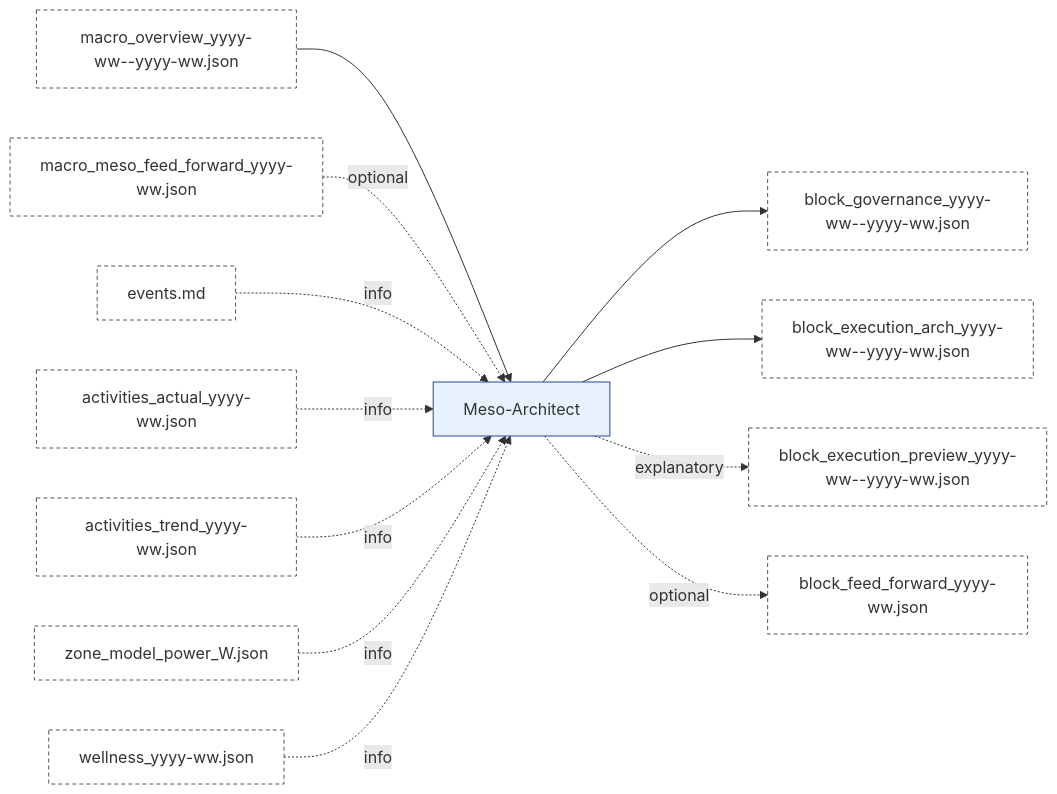
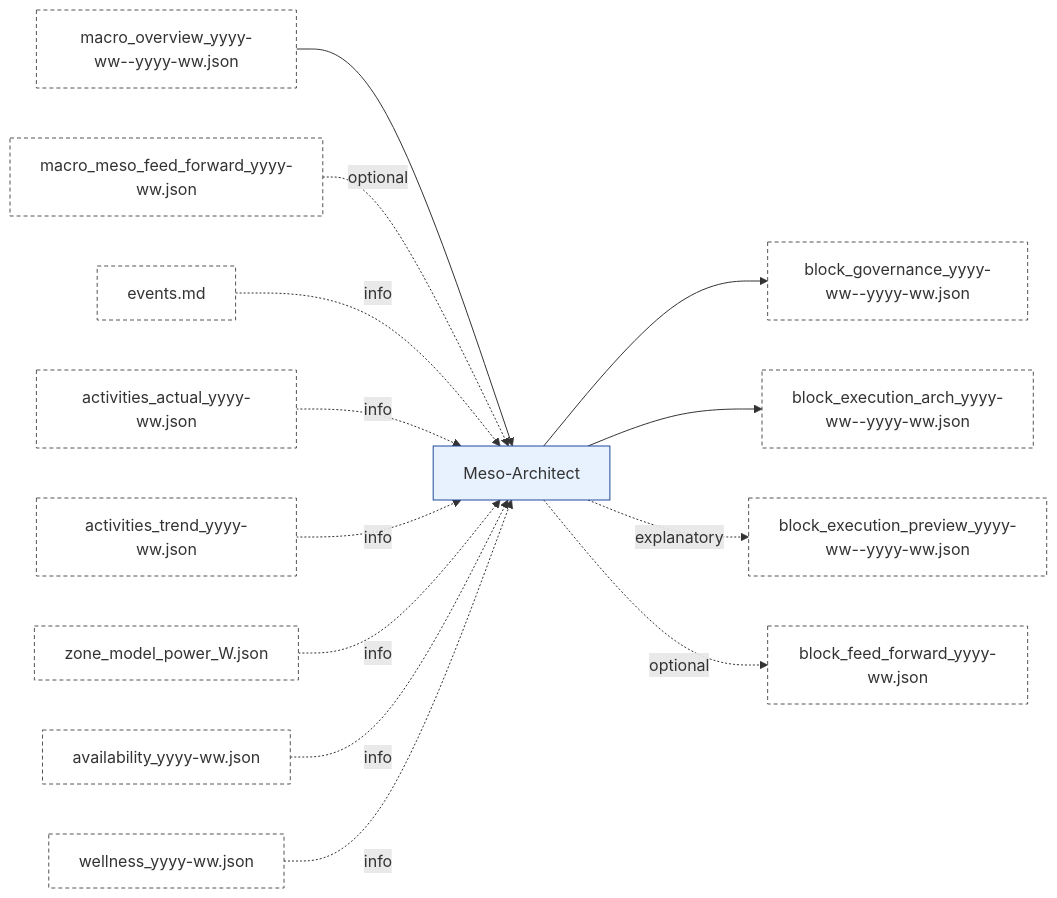
One commit to albauer-priv/RPS changed the fourth of 8 diagrams in doc/artefact_flow_overview_and_detail.md. Above: the diagram before and after it, drawn with Mermaid. The commit also changed other lines of this file and 42 other files, not shown here.

Commit message:
Add availability artefact and update planning contracts

````diff
--- a/doc/artefact_flow_overview_and_detail.md
+++ b/doc/artefact_flow_overview_and_detail.md
@@ -206,18 +217,19 @@
 ```mermaid
 flowchart LR
   MO[macro_overview_yyyy-ww--yyyy-ww.json]:::artefact --> ME[Meso-Architect]:::agent
   MMFF[macro_meso_feed_forward_yyyy-ww.json]:::artefact -. optional .-> ME
   EV[events.md]:::artefact -. info .-> ME
   AA[activities_actual_yyyy-ww.json]:::artefact -. info .-> ME
   AT[activities_trend_yyyy-ww.json]:::artefact -. info .-> ME
   ZM[zone_model_power_<FTP>W.json]:::artefact -. info .-> ME
+  AV[availability_yyyy-ww.json]:::artefact -. info .-> ME
   WL[wellness_yyyy-ww.json]:::artefact -. info .-> ME
 
   ME --> BG[block_governance_yyyy-ww--yyyy-ww.json]:::artefact
   ME --> BEA[block_execution_arch_yyyy-ww--yyyy-ww.json]:::artefact
   ME -. explanatory .-> BEP[block_execution_preview_yyyy-ww--yyyy-ww.json]:::artefact
   ME -. optional .-> BFF[block_feed_forward_yyyy-ww.json]:::artefact
 
   classDef agent fill:#e8f2ff,stroke:#1f4b99,stroke-width:1px;
   classDef artefact fill:#ffffff,stroke:#555,stroke-dasharray: 4 3,stroke-width:1px;
 ```
````
